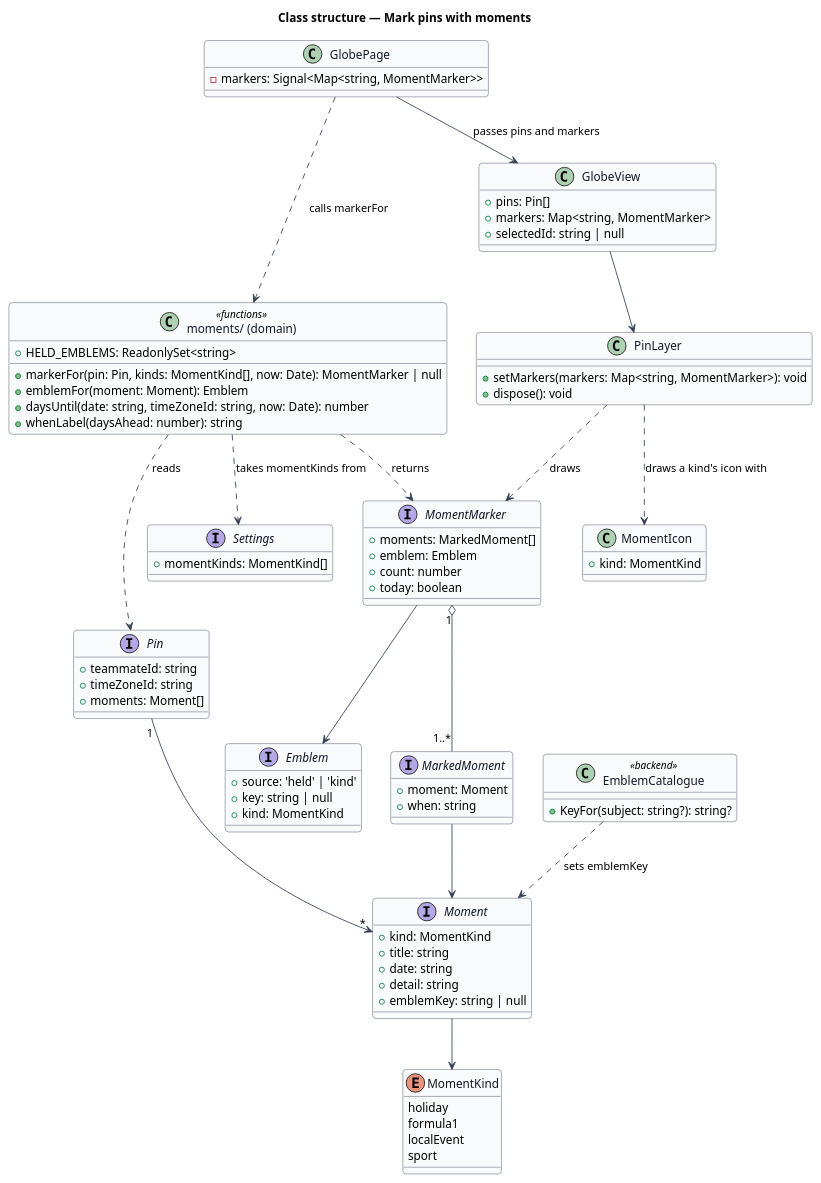
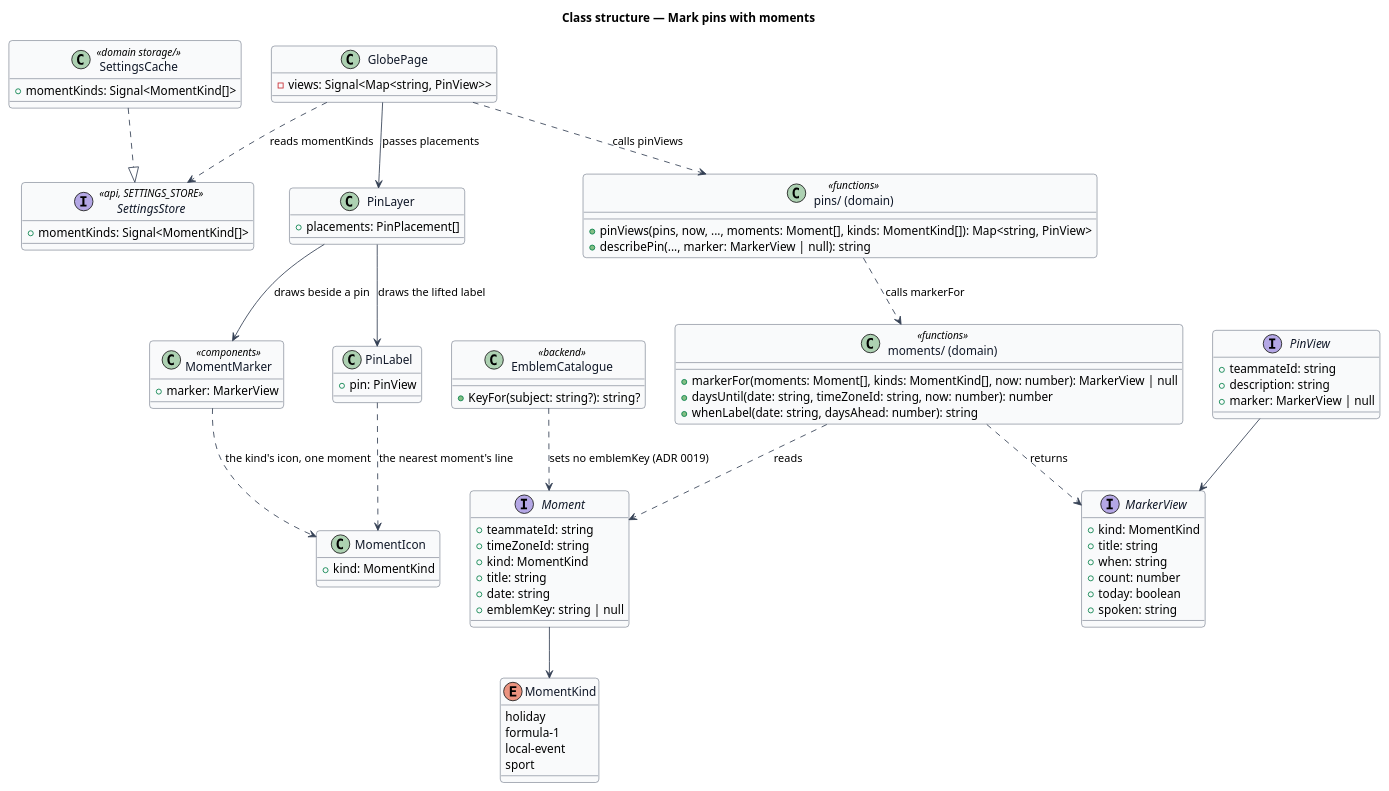
The diagram in docs/detailed-designs/moments/mark-pins-with-moments/diagrams/class-structure.puml (QuinntyneBrown/Mondino), drawn with PlantUML before and after one commit. The commit also changed 12 other files, not shown here.

First line of the commit message:
Bring the marker's design in line with the code it lands on

```diff
--- a/docs/detailed-designs/moments/mark-pins-with-moments/diagrams/class-structure.puml
+++ b/docs/detailed-designs/moments/mark-pins-with-moments/diagrams/class-structure.puml
@@ -1,104 +1,104 @@
 @startuml
 ' --- shared skin header ---
 skinparam backgroundColor #FFFFFF
 skinparam shadowing false
 skinparam roundcorner 8
 skinparam defaultFontName Arial
 skinparam ArrowColor #344054
 skinparam class {
   BorderColor #344054
   FontColor #101828
   BackgroundColor #F9FAFB
 }
 ' --------------------------
 title Class structure — Mark pins with moments
 
 enum MomentKind {
   holiday
-  formula1
-  localEvent
+  formula-1
+  local-event
   sport
 }
 
 interface Moment {
+  +teammateId: string
+  +timeZoneId: string
   +kind: MomentKind
   +title: string
   +date: string
-  +detail: string
   +emblemKey: string | null
 }
 
-interface Pin {
-  +teammateId: string
-  +timeZoneId: string
-  +moments: Moment[]
+interface SettingsStore <<api, SETTINGS_STORE>> {
+  +momentKinds: Signal<MomentKind[]>
 }
 
-interface Settings {
-  +momentKinds: MomentKind[]
+class SettingsCache <<domain storage/>> {
+  +momentKinds: Signal<MomentKind[]>
 }
 
-interface Emblem {
-  +source: 'held' | 'kind'
-  +key: string | null
+interface MarkerView {
   +kind: MomentKind
+  +title: string
+  +when: string
+  +count: number
+  +today: boolean
+  +spoken: string
 }
 
-interface MarkedMoment {
-  +moment: Moment
-  +when: string
-}
-
-interface MomentMarker {
-  +moments: MarkedMoment[]
-  +emblem: Emblem
-  +count: number
-  +today: boolean
+interface PinView {
+  +teammateId: string
+  +description: string
+  +marker: MarkerView | null
 }
 
 class "moments/ (domain)" as moments <<functions>> {
-  +markerFor(pin: Pin, kinds: MomentKind[], now: Date): MomentMarker | null
-  +emblemFor(moment: Moment): Emblem
-  +daysUntil(date: string, timeZoneId: string, now: Date): number
-  +whenLabel(daysAhead: number): string
-  +HELD_EMBLEMS: ReadonlySet<string>
+  +markerFor(moments: Moment[], kinds: MomentKind[], now: number): MarkerView | null
+  +daysUntil(date: string, timeZoneId: string, now: number): number
+  +whenLabel(date: string, daysAhead: number): string
+}
+
+class "pins/ (domain)" as pins <<functions>> {
+  +pinViews(pins, now, ..., moments: Moment[], kinds: MomentKind[]): Map<string, PinView>
+  +describePin(..., marker: MarkerView | null): string
 }
 
 class EmblemCatalogue <<backend>> {
   +KeyFor(subject: string?): string?
 }
 
 class GlobePage {
-  -markers: Signal<Map<string, MomentMarker>>
-}
-
-class GlobeView {
-  +pins: Pin[]
-  +markers: Map<string, MomentMarker>
-  +selectedId: string | null
+  -views: Signal<Map<string, PinView>>
 }
 
 class PinLayer {
-  +setMarkers(markers: Map<string, MomentMarker>): void
-  +dispose(): void
+  +placements: PinPlacement[]
+}
+
+class MomentMarker <<components>> {
+  +marker: MarkerView
+}
+
+class PinLabel {
+  +pin: PinView
 }
 
 class MomentIcon {
   +kind: MomentKind
 }
 
-GlobePage ..> moments : calls markerFor
-GlobePage --> GlobeView : passes pins and markers
-moments ..> Pin : reads
-moments ..> Settings : takes momentKinds from
-moments ..> MomentMarker : returns
-MomentMarker "1" o-- "1..*" MarkedMoment
-MarkedMoment --> Moment
-MomentMarker --> Emblem
-Pin "1" --> "*" Moment
+SettingsCache ..|> SettingsStore
+GlobePage ..> SettingsStore : reads momentKinds
+GlobePage ..> pins : calls pinViews
+pins ..> moments : calls markerFor
+moments ..> Moment : reads
+moments ..> MarkerView : returns
+PinView --> MarkerView
 Moment --> MomentKind
-EmblemCatalogue ..> Moment : sets emblemKey
-GlobeView --> PinLayer
-PinLayer ..> MomentMarker : draws
-PinLayer ..> MomentIcon : draws a kind's icon with
+EmblemCatalogue ..> Moment : sets no emblemKey (ADR 0019)
+GlobePage --> PinLayer : passes placements
+PinLayer --> MomentMarker : draws beside a pin
+PinLayer --> PinLabel : draws the lifted label
+MomentMarker ..> MomentIcon : the kind's icon, one moment
+PinLabel ..> MomentIcon : the nearest moment's line
 @enduml
```
